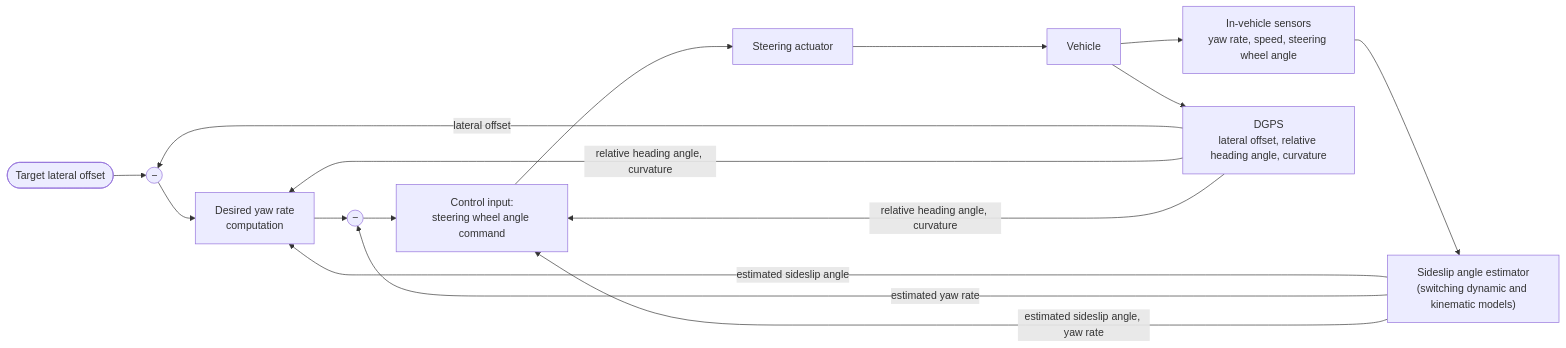
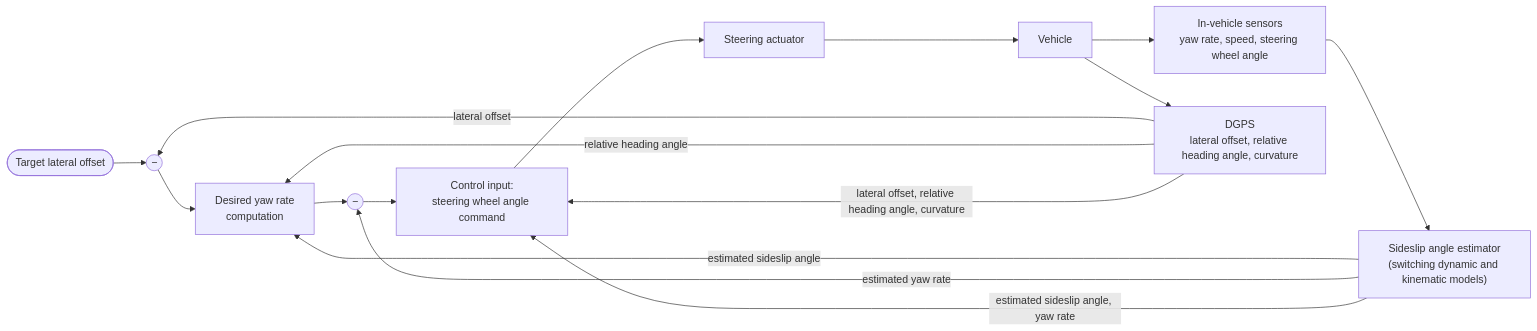
The second of 2 diagrams in Lecture-Notes/Week11_Lateral-Control-of-Autonomous-Vehicles-I/Concepts_Lecture.md (Choroning/25Spring_Autonomous-Mobile-Robot), drawn with Mermaid before and after one commit. The commit also changed other lines of this file and 37 other files, not shown here.

````diff
--- a/Lecture-Notes/Week11_Lateral-Control-of-Autonomous-Vehicles-I/Concepts_Lecture.md
+++ b/Lecture-Notes/Week11_Lateral-Control-of-Autonomous-Vehicles-I/Concepts_Lecture.md
@@ -197,18 +198,18 @@
 ```mermaid
 flowchart LR
     REF(["Target lateral offset"]) --> E1(("−"))
     E1 --> DY["Desired yaw rate<br>computation"]
     DY --> E2(("−"))
     E2 --> CI["Control input:<br>steering wheel angle command"]
     CI --> ACT["Steering actuator"]
     ACT --> VEH["Vehicle"]
     VEH --> IVS["In-vehicle sensors<br>yaw rate, speed, steering wheel angle"]
     VEH --> GPS["DGPS<br>lateral offset, relative heading angle, curvature"]
     IVS --> SE["Sideslip angle estimator<br>(switching dynamic and kinematic models)"]
     GPS -->|"lateral offset"| E1
-    GPS -->|"relative heading angle, curvature"| DY
-    GPS -->|"relative heading angle, curvature"| CI
+    GPS -->|"relative heading angle"| DY
+    GPS -->|"lateral offset, relative heading angle, curvature"| CI
     SE -->|"estimated sideslip angle"| DY
     SE -->|"estimated yaw rate"| E2
     SE -->|"estimated sideslip angle, yaw rate"| CI
 ```
````
